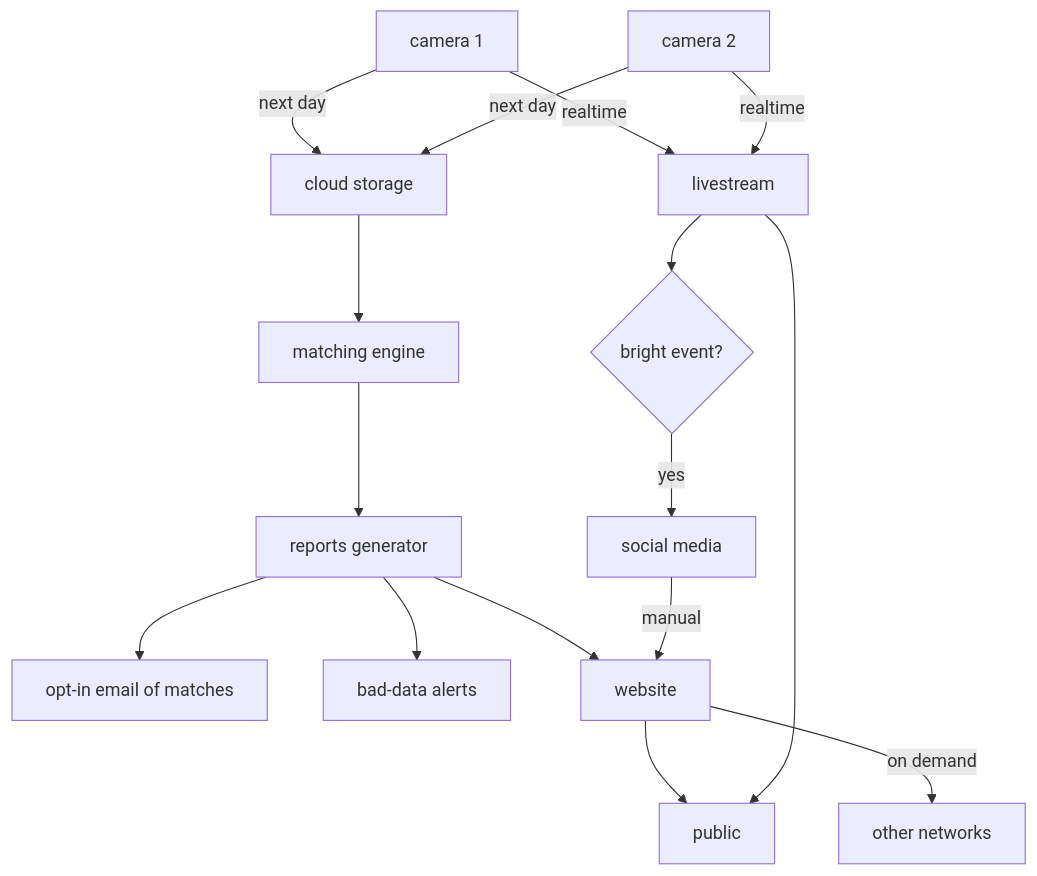
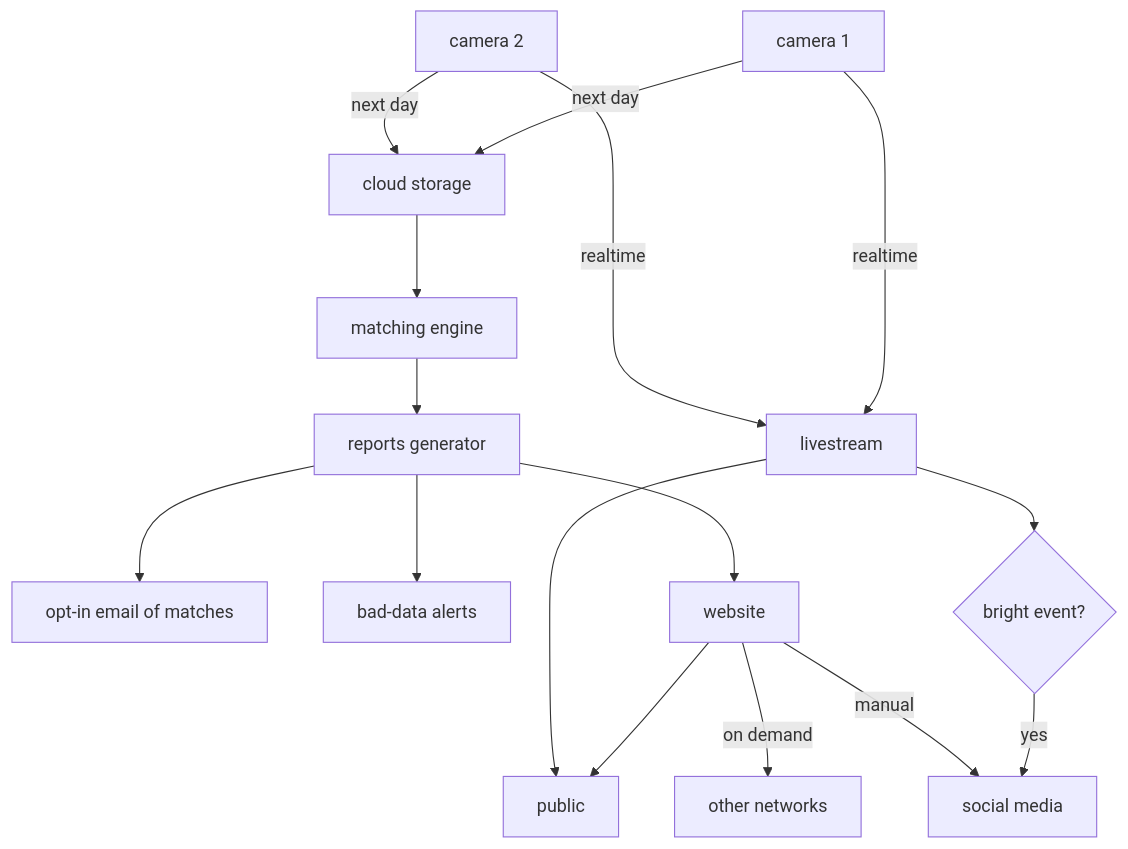
One commit to ukmda/ukmda-dataprocessing changed the diagram in archive/README.md. Above: the diagram before and after it, drawn with Mermaid.

````diff
--- a/archive/README.md
+++ b/archive/README.md
@@ -3,18 +3,18 @@
 ```mermaid
     flowchart TD
     A[camera 1] -- realtime --> C[livestream];
     B[camera 2] -- realtime --> C;
     A -- next day --> D[cloud storage];
     B -- next day --> D;
     D --> E[matching engine];
     E --> F[reports generator];
     F --> G[opt-in email of matches];
     F --> I[bad-data alerts];
     F --> H[website];
     H -- on demand --> J[other networks];
     H --> M[public];
     C --> M[public];
     C --> N{bright event?};
     N -->|yes| K[social media];
-    K -- manual -->H;
+    H -- manual --> K;
 ```
````
